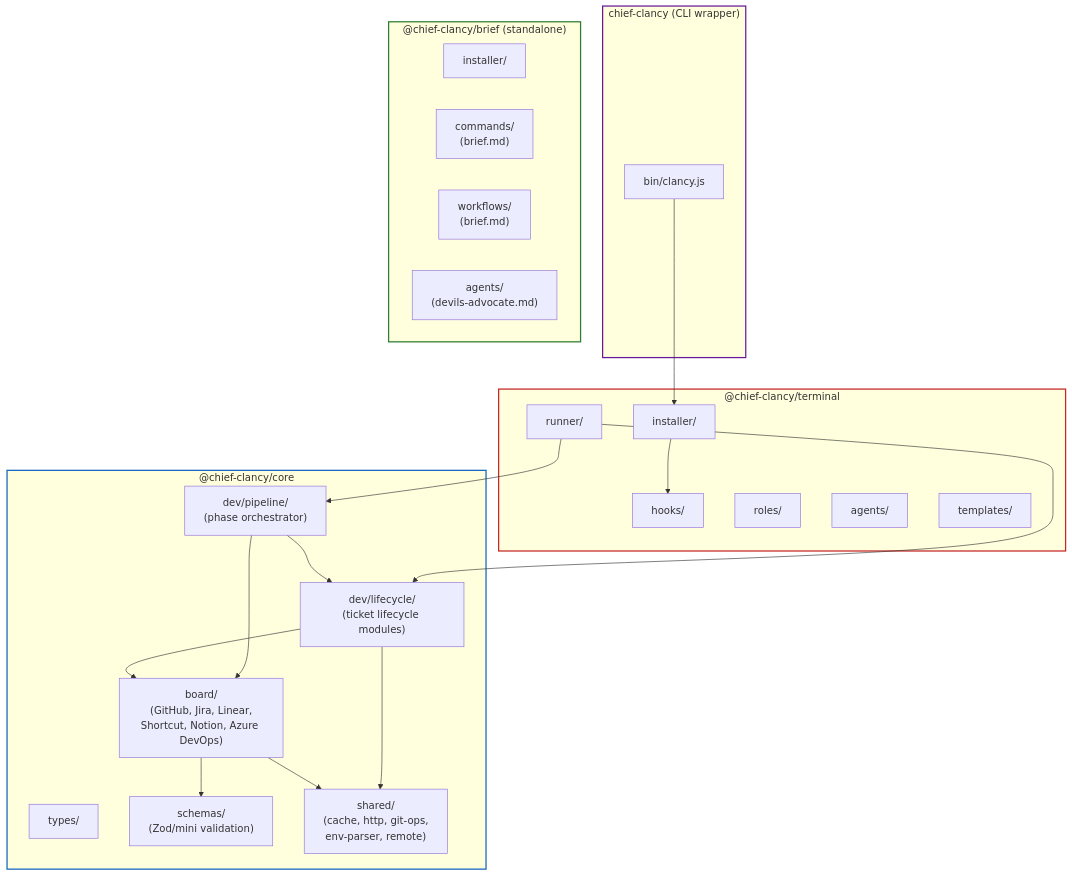
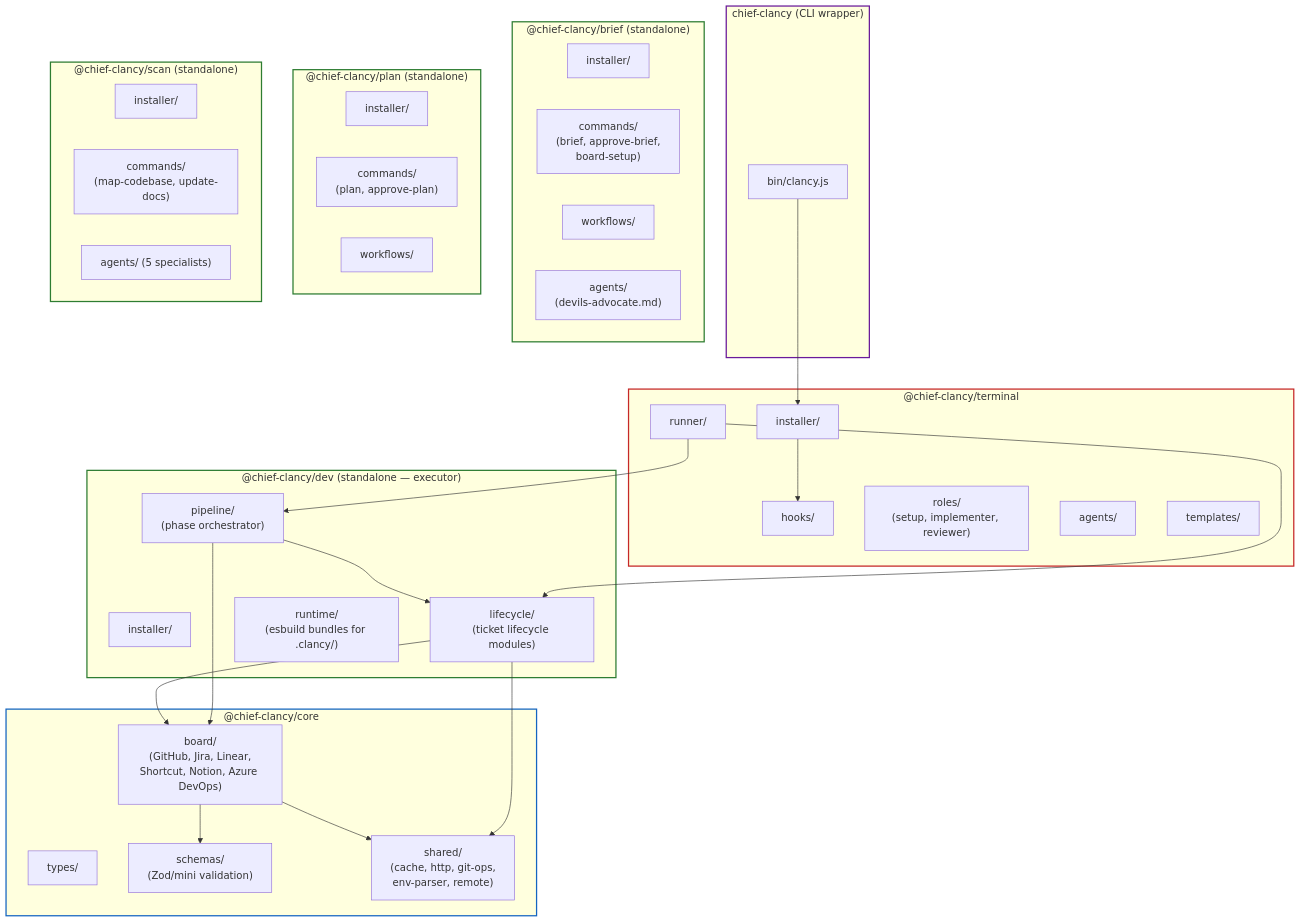
One commit to Pushedskydiver/chief-clancy changed the first of 14 diagrams in docs/VISUAL-ARCHITECTURE.md. Above: the diagram before and after it, drawn with Mermaid. The commit also changed other lines of this file and 4 other files, not shown here.

First line of the commit message:
📝 docs: VISUAL-ARCHITECTURE + DA-driven fixes

````diff
--- a/docs/VISUAL-ARCHITECTURE.md
+++ b/docs/VISUAL-ARCHITECTURE.md
@@ -27,47 +27,67 @@
 ```mermaid
 graph TD
     subgraph chief["chief-clancy (CLI wrapper)"]
         bin["bin/clancy.js"]
     end
 
     subgraph terminal["@chief-clancy/terminal"]
         installer["installer/"]
         runner["runner/"]
         hooks["hooks/"]
-        roles["roles/"]
+        roles["roles/\n(setup, implementer, reviewer)"]
         agents["agents/"]
         templates["templates/"]
     end
 
     subgraph core["@chief-clancy/core"]
         board["board/\n(GitHub, Jira, Linear,\nShortcut, Notion, Azure DevOps)"]
-        pipeline["dev/pipeline/\n(phase orchestrator)"]
-        lifecycle["dev/lifecycle/\n(ticket lifecycle modules)"]
         types["types/"]
         schemas["schemas/\n(Zod/mini validation)"]
         shared["shared/\n(cache, http, git-ops,\nenv-parser, remote)"]
     end
 
     subgraph brief["@chief-clancy/brief (standalone)"]
         briefInstaller["installer/"]
-        briefCommands["commands/\n(brief.md)"]
-        briefWorkflows["workflows/\n(brief.md)"]
+        briefCommands["commands/\n(brief, approve-brief,\nboard-setup)"]
+        briefWorkflows["workflows/"]
         briefAgents["agents/\n(devils-advocate.md)"]
     end
 
+    subgraph plan["@chief-clancy/plan (standalone)"]
+        planInstaller["installer/"]
+        planCommands["commands/\n(plan, approve-plan)"]
+        planWorkflows["workflows/"]
+    end
+
+    subgraph scan["@chief-clancy/scan (standalone)"]
+        scanInstaller["installer/"]
+        scanCommands["commands/\n(map-codebase, update-docs)"]
+        scanAgents["agents/ (5 specialists)"]
+    end
+
+    subgraph dev["@chief-clancy/dev (standalone — executor)"]
+        devInstaller["installer/"]
+        devPipeline["pipeline/\n(phase orchestrator)"]
+        devLifecycle["lifecycle/\n(ticket lifecycle modules)"]
+        devRuntime["runtime/\n(esbuild bundles for .clancy/)"]
+    end
+
     bin --> installer
-    runner --> pipeline
-    runner --> lifecycle
     installer --> hooks
-    pipeline --> lifecycle
-    pipeline --> board
-    lifecycle --> board
-    lifecycle --> shared
+    runner --> devPipeline
+    runner --> devLifecycle
+    devPipeline --> devLifecycle
+    devPipeline --> board
+    devLifecycle --> board
+    devLifecycle --> shared
     board --> schemas
     board --> shared
 
     style chief stroke:#6a1b9a,stroke-width:2px
     style terminal stroke:#c62828,stroke-width:2px
     style core stroke:#1565c0,stroke-width:2px
     style brief stroke:#2e7d32,stroke-width:2px
+    style plan stroke:#2e7d32,stroke-width:2px
+    style scan stroke:#2e7d32,stroke-width:2px
+    style dev stroke:#2e7d32,stroke-width:2px
 ```
````
